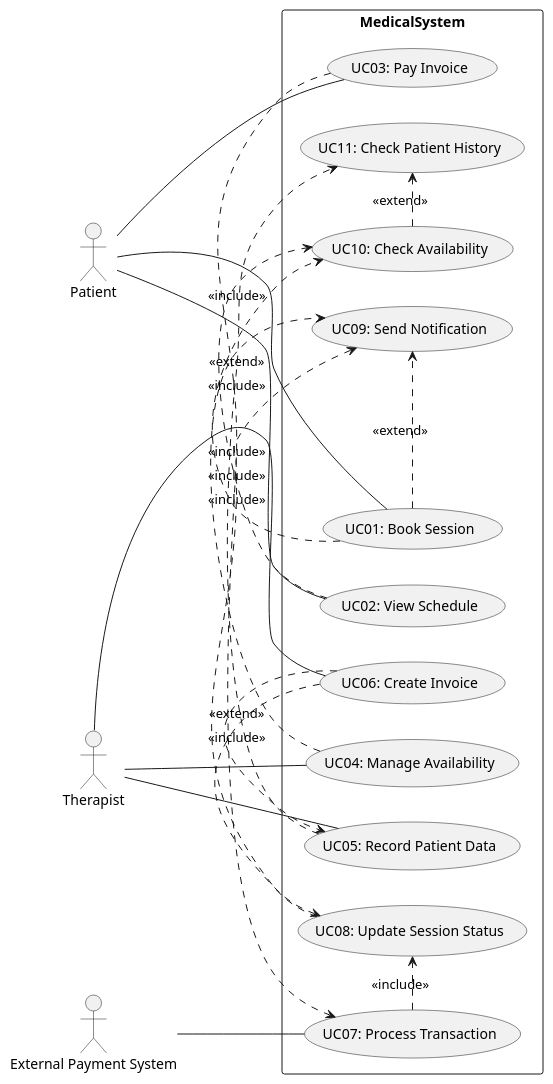
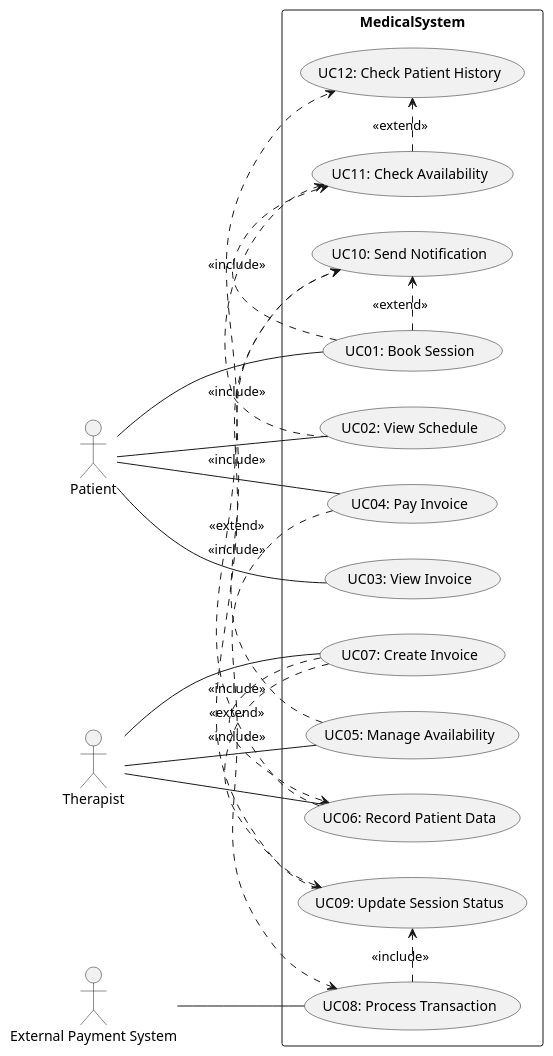
The diagram in source/lab2/UC_diagram.puml (denhlushkov/Reability), drawn with PlantUML before and after one commit. The commit also changed 2 other files, not shown here.

```diff
--- a/source/lab2/UC_diagram.puml
+++ b/source/lab2/UC_diagram.puml
@@ -1,63 +1,60 @@
 @startuml
 left to right direction
 skinparam packageStyle rectangle
 
 actor "Patient" as P
 actor "Therapist" as T
 actor "External Payment System" as EPS
 
 package MedicalSystem {
-    ' Core Use Cases (UC01 - UC07)
+    ' Core Use Cases (UC01 - UC10)
     (UC01: Book Session) as UC_BOOK
     (UC02: View Schedule) as UC_VIEW_SCHED
-    (UC03: Pay Invoice) as UC_PAY
-    (UC04: Manage Availability) as UC_MANAGE_T_SCHED
-    (UC05: Record Patient Data) as UC_RECORD_DATA
-    (UC06: Create Invoice) as UC_CREATE_INV
-    (UC07: Process Transaction) as UC_PROCESS_TRANS
+    (UC03: View Invoice) as UC_VIEW_INV
+    (UC04: Pay Invoice) as UC_PAY
+    (UC05: Manage Availability) as UC_MANAGE_T_SCHED
+    (UC06: Record Patient Data) as UC_RECORD_DATA
+    (UC07: Create Invoice) as UC_CREATE_INV
+    (UC08: Process Transaction) as UC_PROCESS_TRANS
+    (UC09: Update Session Status) as UC_UPDATE_STATUS
+    (UC10: Send Notification) as UC_NOTIFY
 
-    ' Auxiliary Use Cases (UC08 - UC11)
-    (UC08: Update Session Status) as UC_UPDATE_STATUS
-    (UC09: Send Notification) as UC_NOTIFY
-    (UC10: Check Availability) as UC_CHECK_AVAIL
-    (UC11: Check Patient History) as UC_CHECK_HISTORY
+    ' Auxiliary Use Cases (UC11 - UC12)
+    (UC11: Check Availability) as UC_CHECK_AVAIL
+    (UC12: Check Patient History) as UC_CHECK_HISTORY
 
     ' Actor Associations
     P -- UC_BOOK
     P -- UC_VIEW_SCHED
+    P -- UC_VIEW_INV
     P -- UC_PAY
     T -- UC_MANAGE_T_SCHED
     T -- UC_RECORD_DATA
     T -- UC_CREATE_INV
     EPS -- UC_PROCESS_TRANS
 
     ' Include/Extend Relationships
 
-    ' UC01: Book Session
+    ' Core Logic Flows
     UC_BOOK .> UC_CHECK_AVAIL : <<include>>
-    UC_BOOK .> UC_NOTIFY : <<extend>>
+    UC_BOOK .> UC_NOTIFY : <<extend>> 
 
-    ' UC02: View Schedule
-    UC_VIEW_SCHED .> UC_CHECK_AVAIL : <<include>> 
-
-    ' UC03: Pay Invoice
+    UC_VIEW_SCHED .> UC_CHECK_AVAIL : <<include>>
     UC_PAY .> UC_PROCESS_TRANS : <<include>>
 
-    ' UC04: Manage Availability
-    UC_MANAGE_T_SCHED .> UC_NOTIFY : <<extend>> 
-
-    ' UC05: Record Patient Data
+    ' Record Data Logic
     UC_RECORD_DATA .> UC_CHECK_HISTORY : <<include>>
 
-    ' UC06: Create Invoice
+    ' Financial & Status Flows
     UC_CREATE_INV .> UC_UPDATE_STATUS : <<include>>
-    UC_CREATE_INV .> UC_RECORD_DATA : <<extend>> 
+    UC_PROCESS_TRANS .> UC_UPDATE_STATUS : <<include>>
 
-    ' UC07: Process Transaction
-    UC_PROCESS_TRANS .> UC_UPDATE_STATUS : <<include>>
+    ' Notification Flows
+    UC_UPDATE_STATUS .> UC_NOTIFY : <<include>>
+    UC_MANAGE_T_SCHED .> UC_NOTIFY : <<extend>> 
 
     ' Interconnection of Auxiliary UCs
     UC_CHECK_AVAIL .> UC_CHECK_HISTORY : <<extend>>
-    UC_UPDATE_STATUS .> UC_NOTIFY : <<include>>
+    UC_CREATE_INV .> UC_RECORD_DATA : <<extend>>
 }
 @enduml
```
